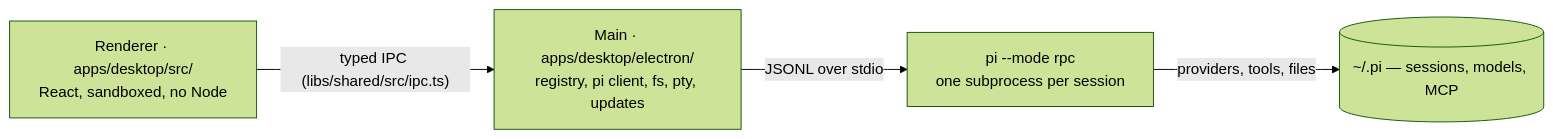
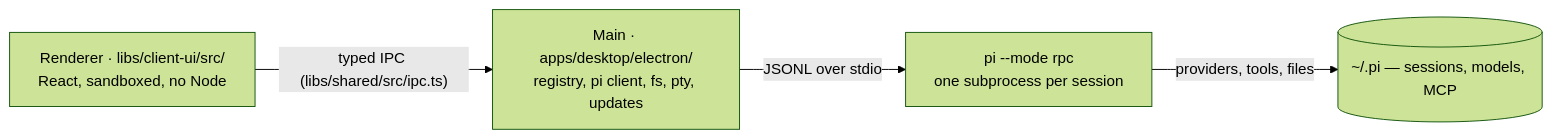
One commit to agustinsacco/phosphor changed the diagram in README.md. Above: the diagram before and after it, drawn with Mermaid (forest theme). The commit also changed other lines of this file and 974 other files, not shown here.

````diff
--- a/README.md
+++ b/README.md
@@ -291,10 +291,10 @@
 ```mermaid
 flowchart LR
-  R["Renderer · apps/desktop/src/<br/>React, sandboxed, no Node"]
+  R["Renderer · libs/client-ui/src/<br/>React, sandboxed, no Node"]
   M["Main · apps/desktop/electron/<br/>registry, pi client, fs, pty, updates"]
   P["pi --mode rpc<br/>one subprocess per session"]
   S[("~/.pi — sessions, models, MCP")]
   R -- "typed IPC (libs/shared/src/ipc.ts)" --> M
   M -- "JSONL over stdio" --> P
   P -- "providers, tools, files" --> S
 ```
````
